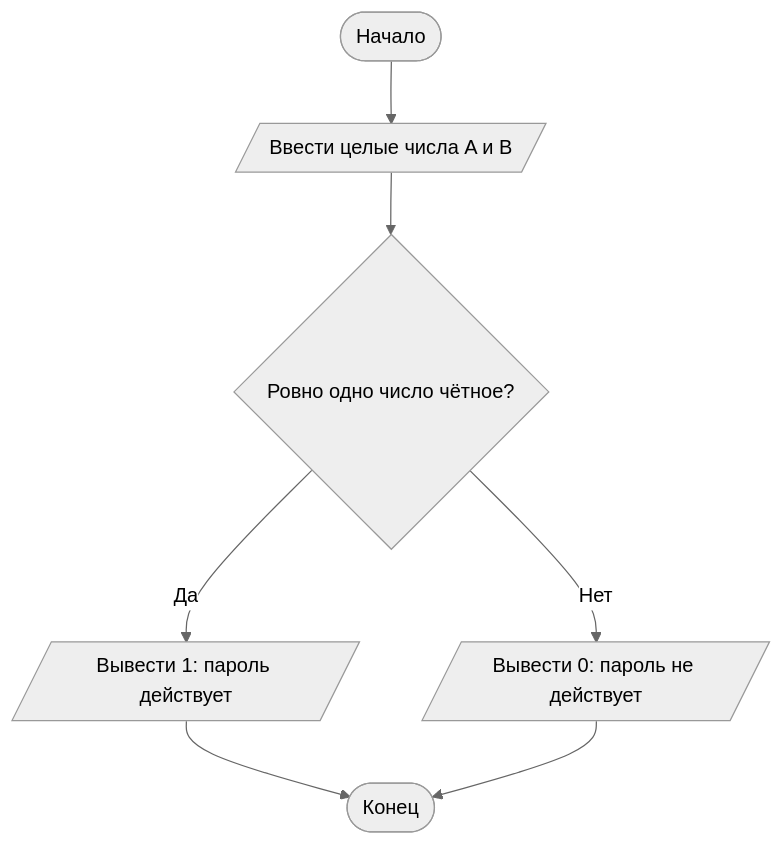
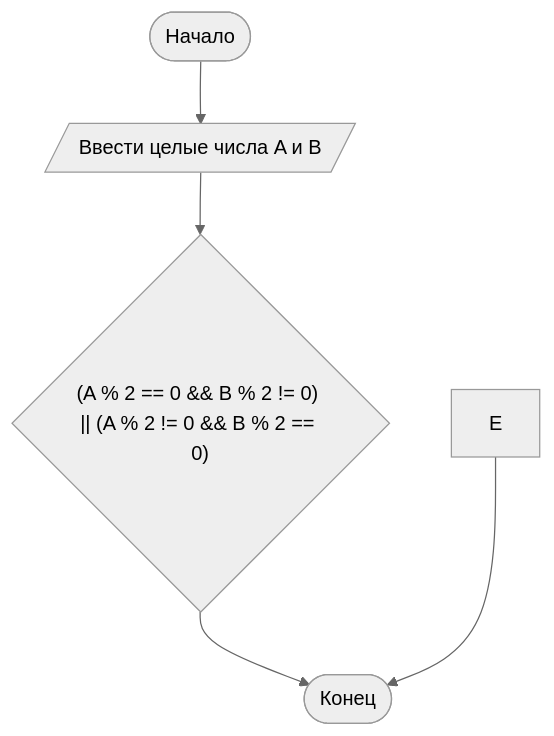
The diagram in README.md (Lendic42/lava4), drawn with Mermaid (neutral theme) before and after one commit.

````diff
--- a/README.md
+++ b/README.md
@@ -22,9 +22,7 @@
 ```mermaid
 flowchart TD
     A([Начало]) --> B[/Ввести целые числа A и B/]
-    B --> C{"Ровно одно число чётное?"}
-    C -- Да --> D[/Вывести 1: пароль действует/]
-    C -- Нет --> E[/Вывести 0: пароль не действует/]
+    B --> D{"(A % 2 == 0 && B % 2 != 0) || (A % 2 != 0 && B % 2 == 0)"}
     D --> F([Конец])
     E --> F
 ```
````
